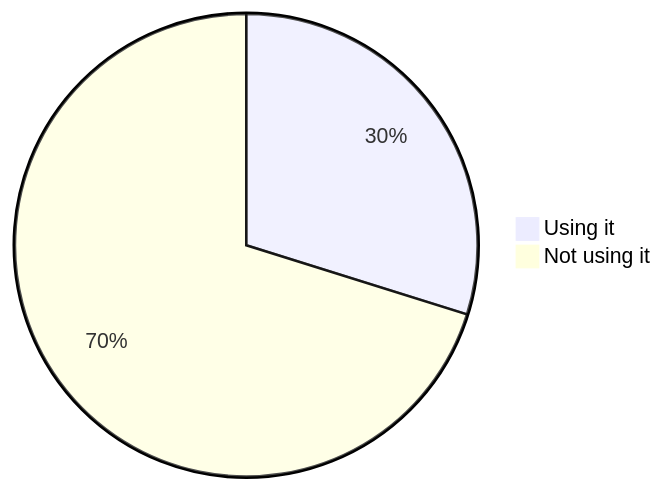
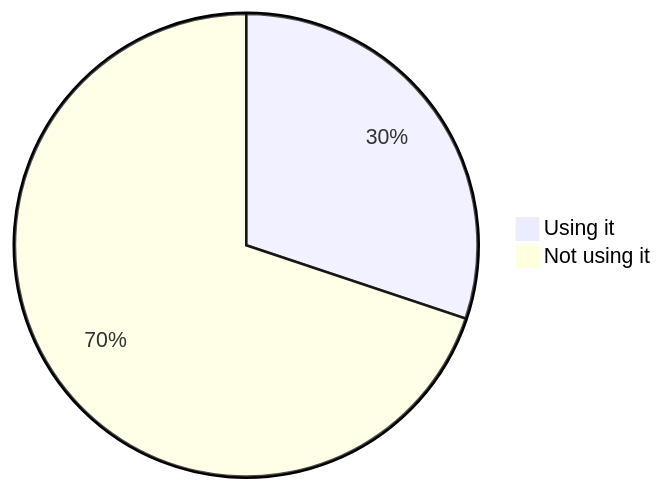
Before and after one commit to oshp/oshp-stats: diagram 15 of 22 in stats.md, drawn with Mermaid. The commit also changed other lines of this file, not shown here.

````diff
--- a/stats.md
+++ b/stats.md
@@ -178,6 +178,6 @@
 ```mermaid
 pie
-	"Using it" : 29.83
-	"Not using it" : 70.17
+	"Using it" : 30.13
+	"Not using it" : 69.87
 
 ```
````
